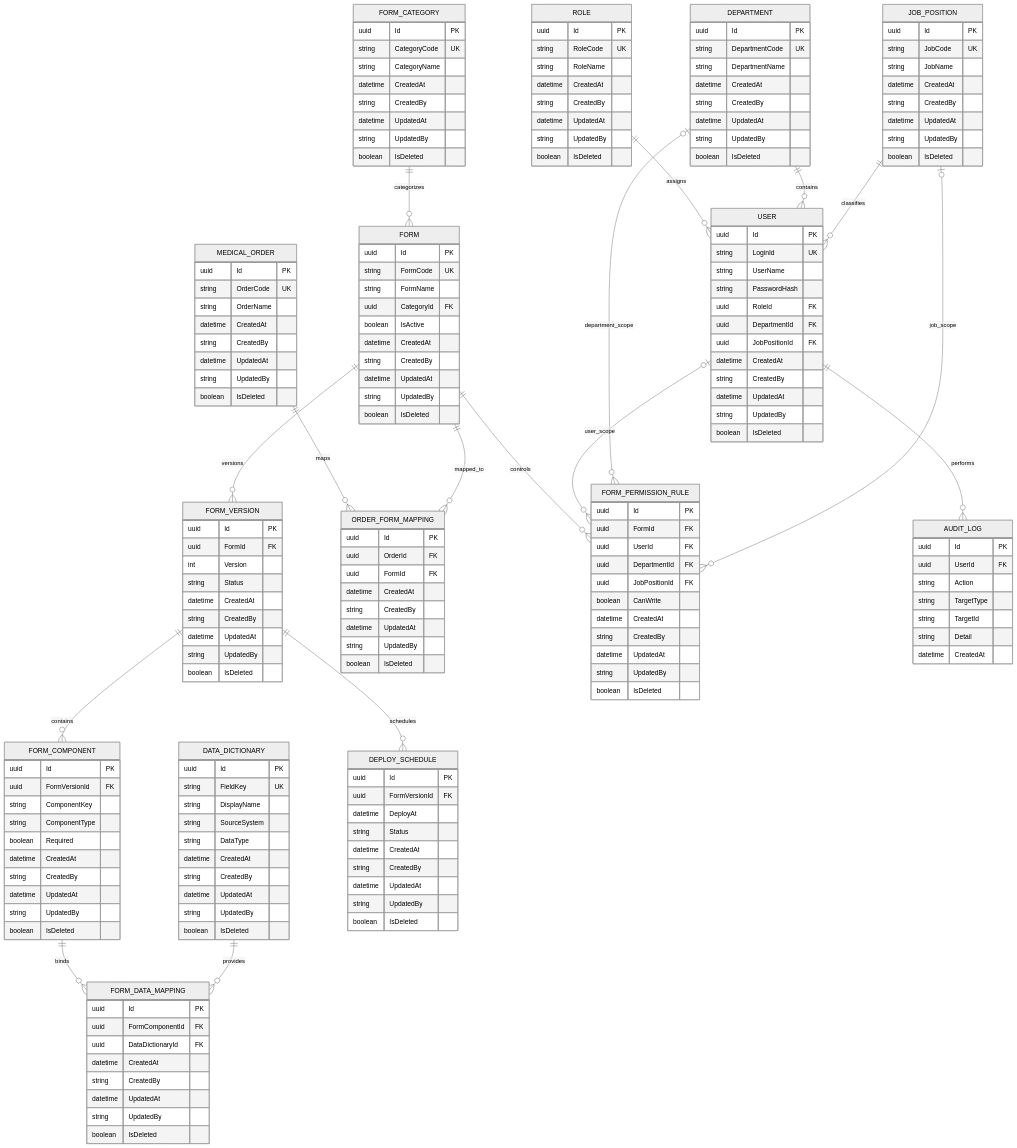
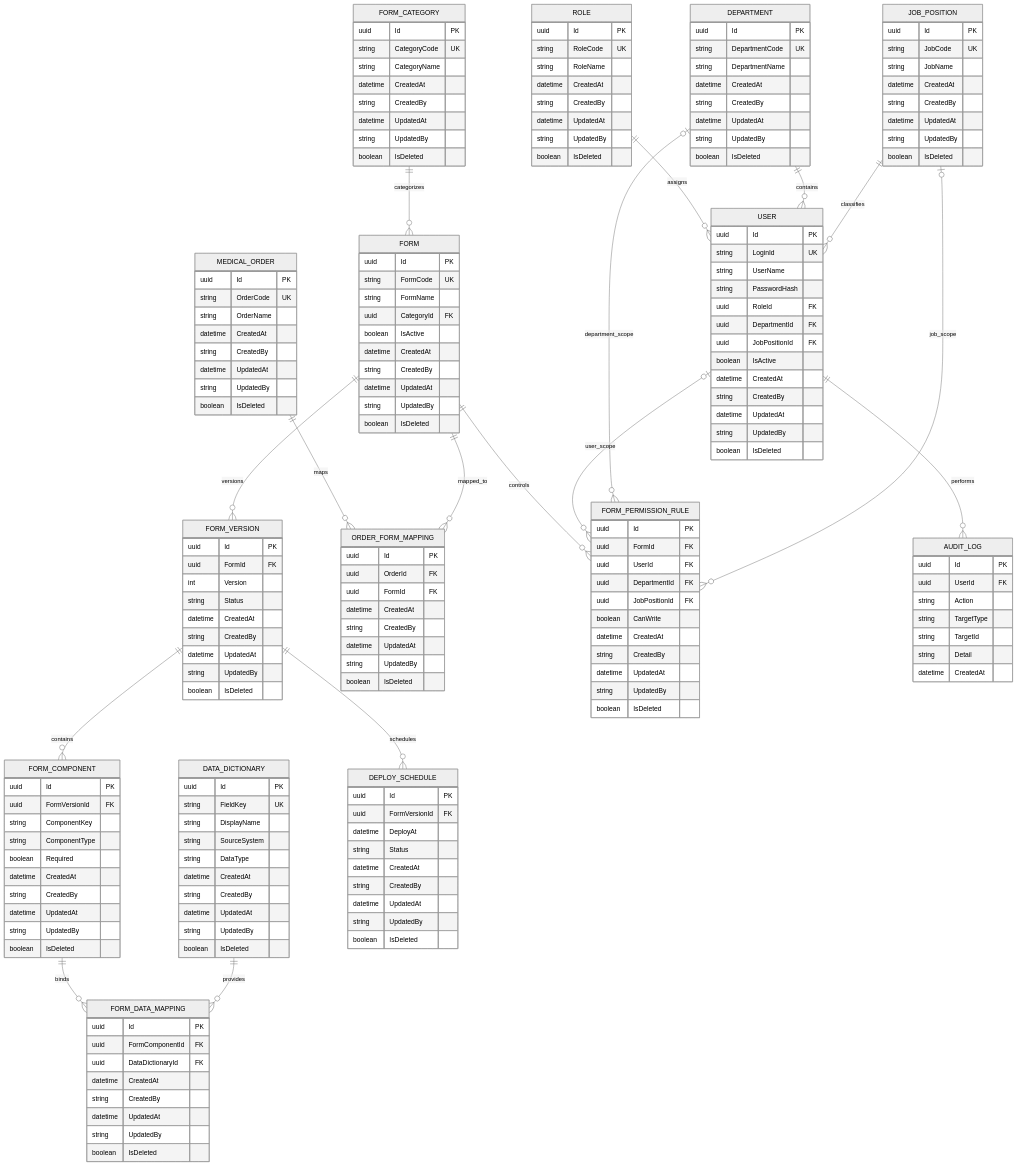
One commit to Babypig226/mediform-manager changed the diagram in docs/03_ERD_V1.md. Above: the diagram before and after it, drawn with Mermaid (neutral theme). The commit also changed other lines of this file and 3 other files, not shown here.

```diff
--- a/docs/03_ERD_V1.md
+++ b/docs/03_ERD_V1.md
@@ -92,6 +94,7 @@
         uuid RoleId FK
         uuid DepartmentId FK
         uuid JobPositionId FK
+        boolean IsActive
         datetime CreatedAt
         string CreatedBy
         datetime UpdatedAt
```
